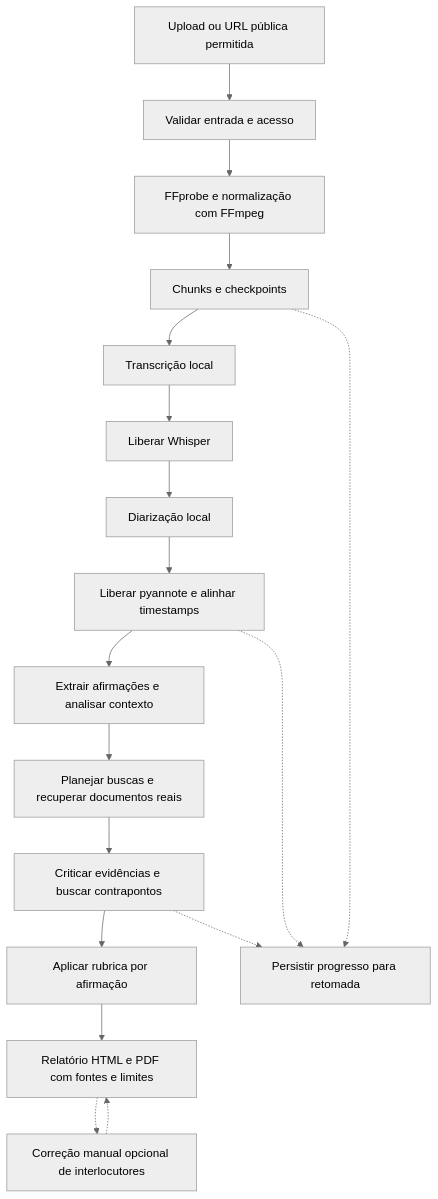
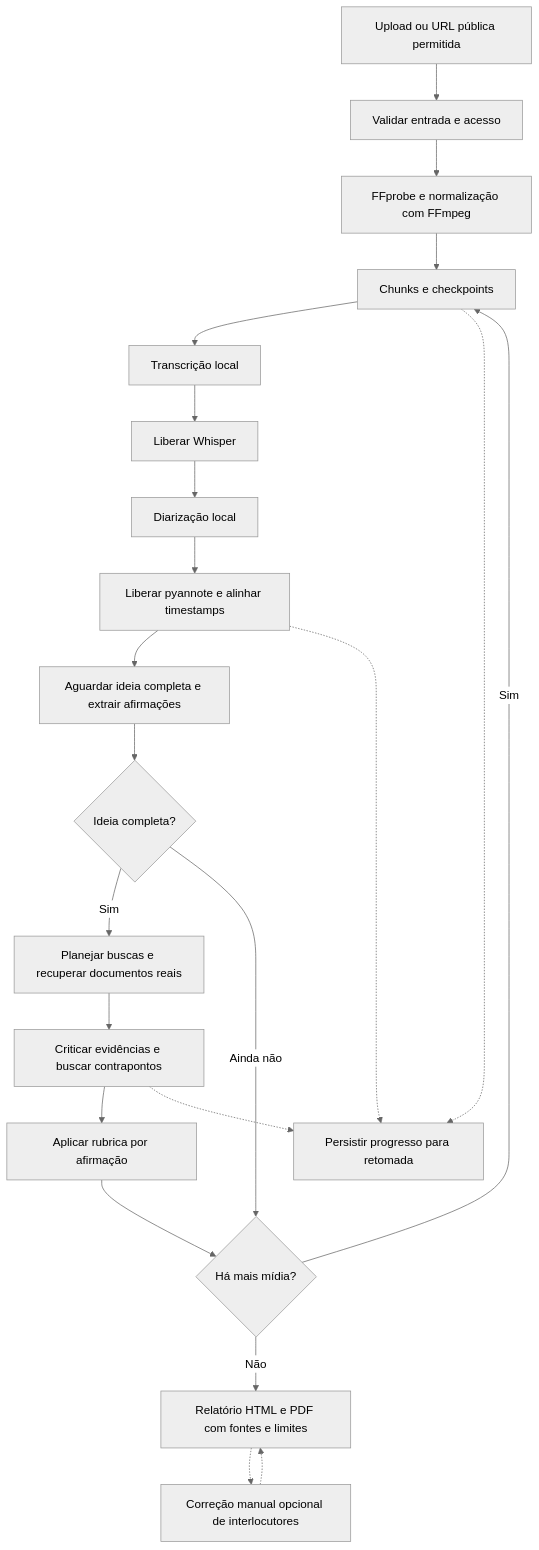
One commit to FabricioHiury/verifact-ai changed the first of 4 diagrams in README.md. Above: the diagram before and after it, drawn with Mermaid (neutral theme). The commit also changed other lines of this file and 26 other files, not shown here.

````diff
--- a/README.md
+++ b/README.md
@@ -44,20 +54,24 @@
 ```mermaid
 flowchart TD
     A[Upload ou URL pública permitida] --> B[Validar entrada e acesso]
     B --> C[FFprobe e normalização com FFmpeg]
     C --> D[Chunks e checkpoints]
     D --> E[Transcrição local]
     E --> F[Liberar Whisper]
     F --> G[Diarização local]
     G --> H[Liberar pyannote e alinhar timestamps]
-    H --> J[Extrair afirmações e analisar contexto]
-    J --> K[Planejar buscas e recuperar documentos reais]
+    H --> J[Aguardar ideia completa e extrair afirmações]
+    J --> Q{Ideia completa?}
+    Q -->|Sim| K[Planejar buscas e recuperar documentos reais]
+    Q -->|Ainda não| P
     K --> L[Criticar evidências e buscar contrapontos]
     L --> M[Aplicar rubrica por afirmação]
-    M --> N[Relatório HTML e PDF com fontes e limites]
+    M --> P{Há mais mídia?}
+    P -->|Sim| D
+    P -->|Não| N[Relatório HTML e PDF com fontes e limites]
     N -.-> I[Correção manual opcional de interlocutores]
     I -.-> N
     D -.-> O[Persistir progresso para retomada]
     H -.-> O
     L -.-> O
 ```
````
